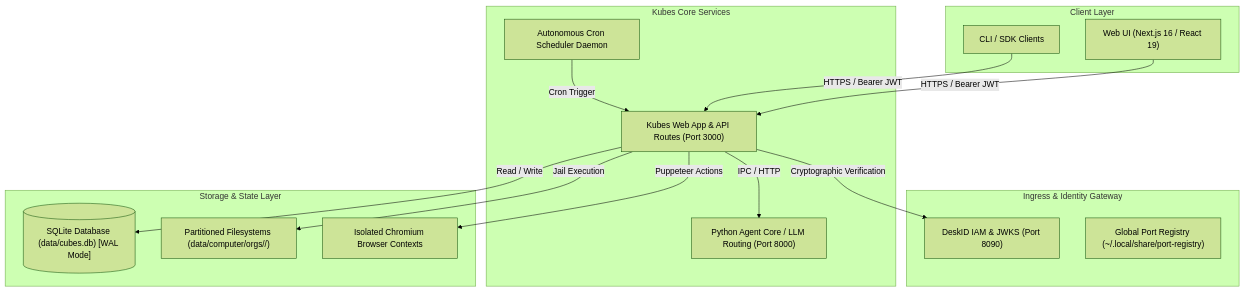
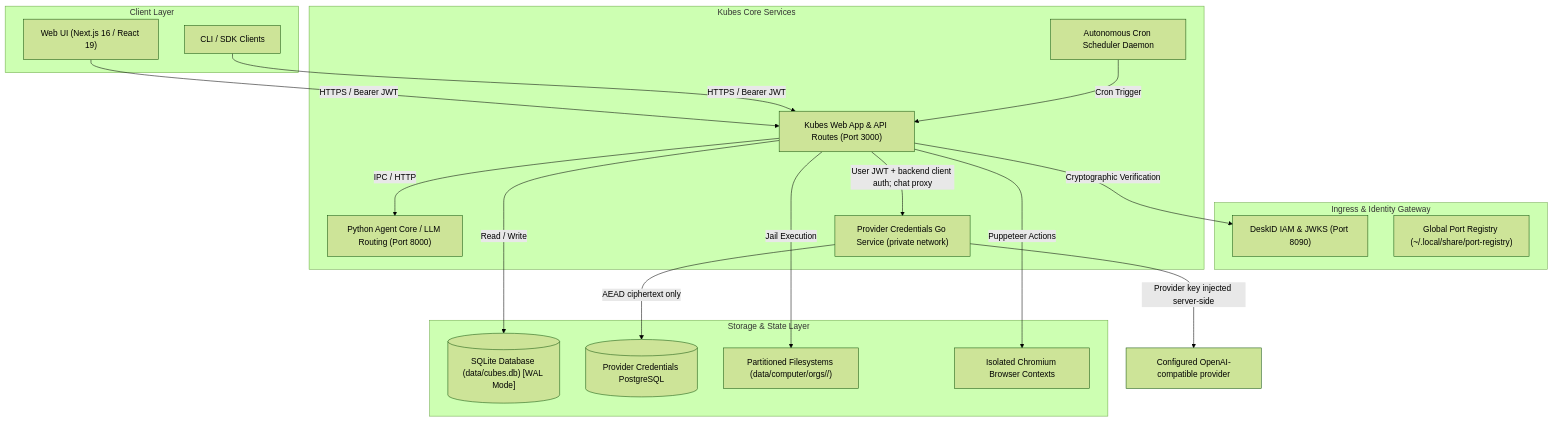
The first of 3 diagrams in docs/ARCHITECTURE.md (pisigmac/Kubes), drawn with Mermaid (forest theme) before and after one commit. The commit also changed other lines of this file and 37 other files, not shown here.

Commit message:
feat: add isolated provider credential service

````diff
--- a/docs/ARCHITECTURE.md
+++ b/docs/ARCHITECTURE.md
@@ -7,33 +7,38 @@
 ```mermaid
 flowchart TD
     subgraph Clients["Client Layer"]
         WebClient["Web UI (Next.js 16 / React 19)"]
         CLIClient["CLI / SDK Clients"]
     end
 
     subgraph Gateway["Ingress & Identity Gateway"]
         DeskID["DeskID IAM & JWKS (Port 8090)"]
         PortReg["Global Port Registry (~/.local/share/port-registry)"]
     end
 
     subgraph CorePlatform["Kubes Core Services"]
         WebServer["Kubes Web App & API Routes (Port 3000)"]
         AgentCore["Python Agent Core / LLM Routing (Port 8000)"]
         Scheduler["Autonomous Cron Scheduler Daemon"]
+        CredentialService["Provider Credentials Go Service (private network)"]
     end
 
     subgraph Persistence["Storage & State Layer"]
         SQLite[("SQLite Database (data/cubes.db) [WAL Mode]")]
+        CredentialDB[("Provider Credentials PostgreSQL")]
         JailFS["Partitioned Filesystems (data/computer/orgs/<org-id>/)"]
         ChromiumPool["Isolated Chromium Browser Contexts"]
     end
 
     WebClient -->|HTTPS / Bearer JWT| WebServer
     CLIClient -->|HTTPS / Bearer JWT| WebServer
     WebServer -->|Cryptographic Verification| DeskID
     WebServer -->|IPC / HTTP| AgentCore
     WebServer -->|Read / Write| SQLite
+    WebServer -->|User JWT + backend client auth; chat proxy| CredentialService
+    CredentialService -->|AEAD ciphertext only| CredentialDB
+    CredentialService -->|Provider key injected server-side| Provider["Configured OpenAI-compatible provider"]
     WebServer -->|Jail Execution| JailFS
     WebServer -->|Puppeteer Actions| ChromiumPool
     Scheduler -->|Cron Trigger| WebServer
 ```
````
